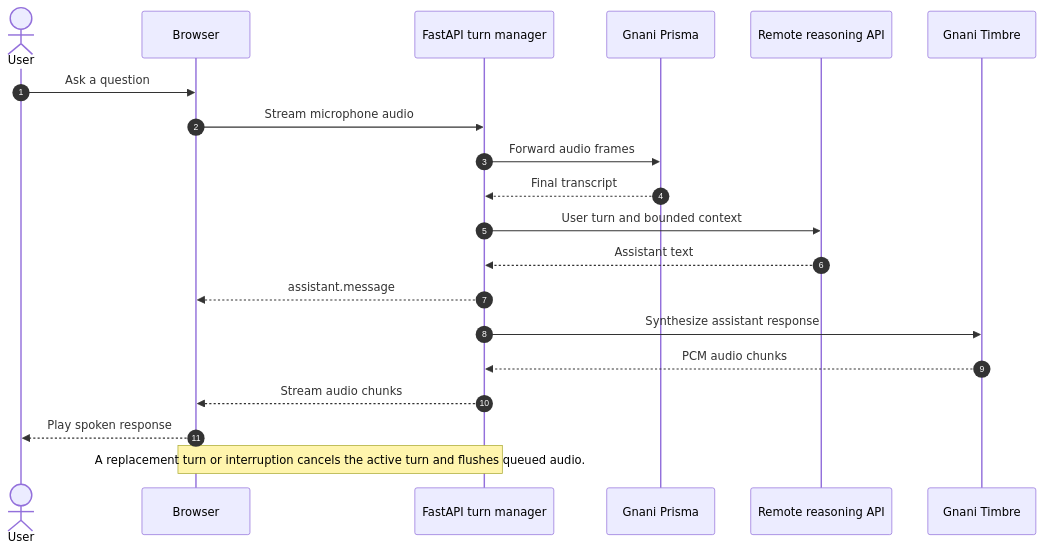
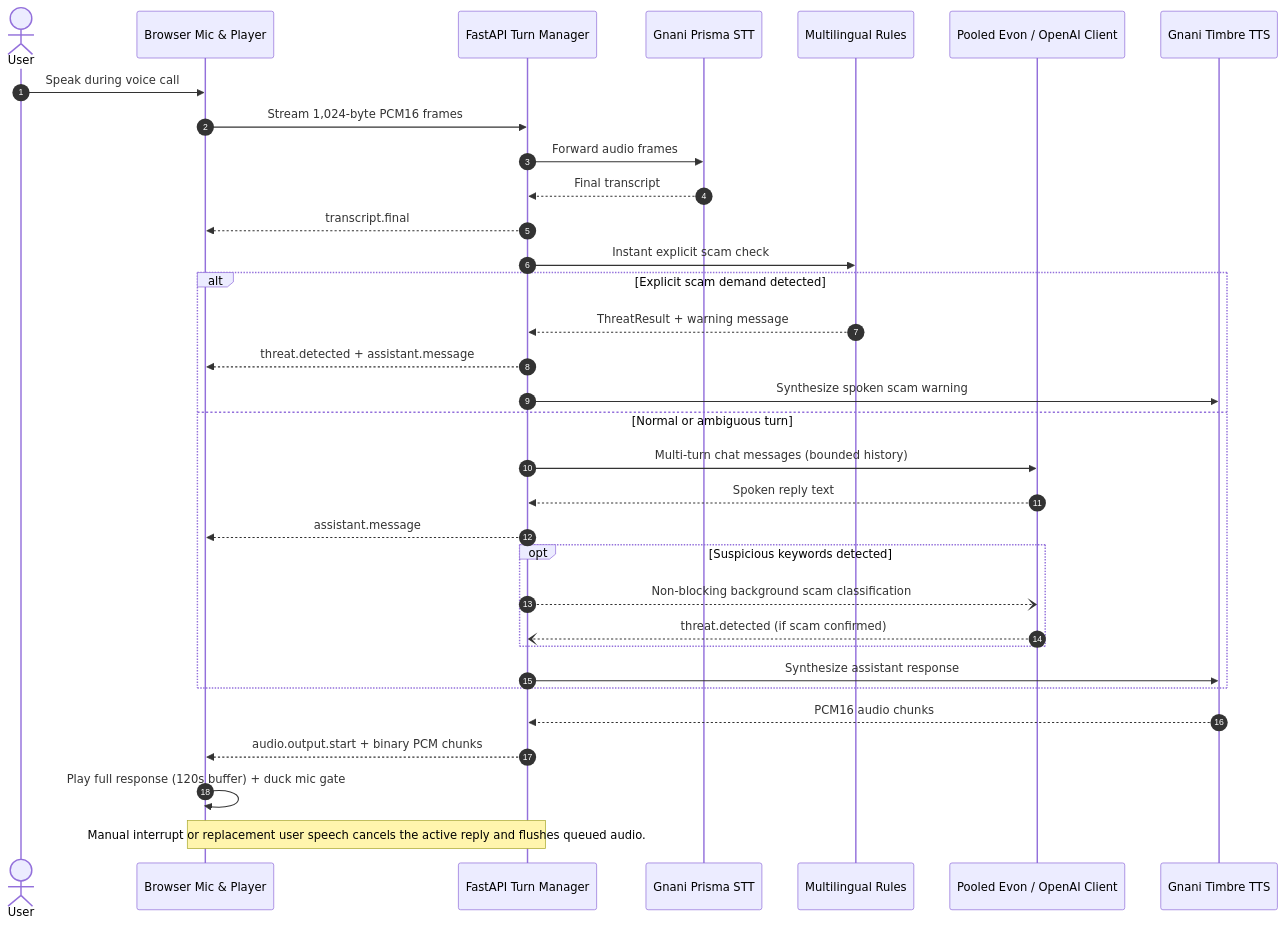
Before and after one commit to Bhaumik-99/gnani.ai-task: the third of 3 diagrams in README.md, drawn with Mermaid. The commit also changed other lines of this file and 13 other files, not shown here.

Commit message:
feat: improve live scam detection, DSP noise gating, TTS playback, and docs

````diff
--- a/README.md
+++ b/README.md
@@ -129,23 +134,36 @@
 ```mermaid
 sequenceDiagram
   autonumber
   actor User
-  participant Browser
-  participant API as FastAPI turn manager
-  participant STT as Gnani Prisma
-  participant LLM as Remote reasoning API
-  participant TTS as Gnani Timbre
+  participant Browser as Browser Mic & Player
+  participant API as FastAPI Turn Manager
+  participant STT as Gnani Prisma STT
+  participant Rules as Multilingual Rules
+  participant LLM as Pooled Evon / OpenAI Client
+  participant TTS as Gnani Timbre TTS
 
-  User->>Browser: Ask a question
-  Browser->>API: Stream microphone audio
+  User->>Browser: Speak during voice call
+  Browser->>API: Stream 1,024-byte PCM16 frames
   API->>STT: Forward audio frames
   STT-->>API: Final transcript
-  API->>LLM: User turn and bounded context
-  LLM-->>API: Assistant text
-  API-->>Browser: assistant.message
-  API->>TTS: Synthesize assistant response
-  TTS-->>API: PCM audio chunks
-  API-->>Browser: Stream audio chunks
-  Browser-->>User: Play spoken response
-  Note over Browser,API: A replacement turn or interruption cancels the active turn and flushes queued audio.
+  API-->>Browser: transcript.final
+  API->>Rules: Instant explicit scam check
+  alt Explicit scam demand detected
+    Rules-->>API: ThreatResult + warning message
+    API-->>Browser: threat.detected + assistant.message
+    API->>TTS: Synthesize spoken scam warning
+  else Normal or ambiguous turn
+    API->>LLM: Multi-turn chat messages (bounded history)
+    LLM-->>API: Spoken reply text
+    API-->>Browser: assistant.message
+    opt Suspicious keywords detected
+      API--)LLM: Non-blocking background scam classification
+      LLM--)API: threat.detected (if scam confirmed)
+    end
+    API->>TTS: Synthesize assistant response
+  end
+  TTS-->>API: PCM16 audio chunks
+  API-->>Browser: audio.output.start + binary PCM chunks
+  Browser->>Browser: Play full response (120s buffer) + duck mic gate
+  Note over Browser,API: Manual interrupt or replacement user speech cancels the active reply and flushes queued audio.
 ```
````
